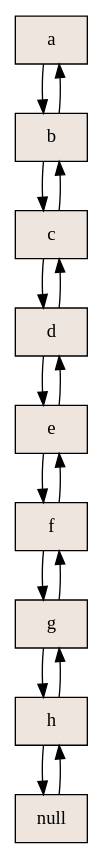
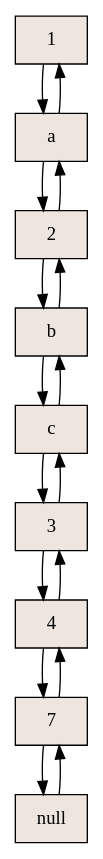
Before and after one commit to erickcontreras12/ProyectoFinal_PrograAvanzada2017: the diagram in aux_grafico1.dot, drawn with Graphviz. The commit also changed 10 other files, not shown here.

```diff
--- a/aux_grafico1.dot
+++ b/aux_grafico1.dot
@@ -1,29 +1,29 @@
 digraph grafica{
 rankdir=TB;
 node [shape = record, style=filled, fillcolor=seashell2];
+nodo1 [ label ="1"];
 nodoa [ label ="a"];
+nodo2 [ label ="2"];
 nodob [ label ="b"];
 nodoc [ label ="c"];
-nodod [ label ="d"];
-nodoe [ label ="e"];
-nodof [ label ="f"];
-nodog [ label ="g"];
-nodoh [ label ="h"];
+nodo3 [ label ="3"];
+nodo4 [ label ="4"];
+nodo7 [ label ="7"];
 nodonull [ label ="null"];
-nodoh->nodonull
-nodonull->nodoh
-nodog->nodoh
-nodoh->nodog
-nodof->nodog
-nodog->nodof
-nodoe->nodof
-nodof->nodoe
-nodod->nodoe
-nodoe->nodod
-nodoc->nodod
-nodod->nodoc
+nodo7->nodonull
+nodonull->nodo7
+nodo4->nodo7
+nodo7->nodo4
+nodo3->nodo4
+nodo4->nodo3
+nodoc->nodo3
+nodo3->nodoc
 nodob->nodoc
 nodoc->nodob
-nodoa->nodob
-nodob->nodoa
+nodo2->nodob
+nodob->nodo2
+nodoa->nodo2
+nodo2->nodoa
+nodo1->nodoa
+nodoa->nodo1
 }
```
